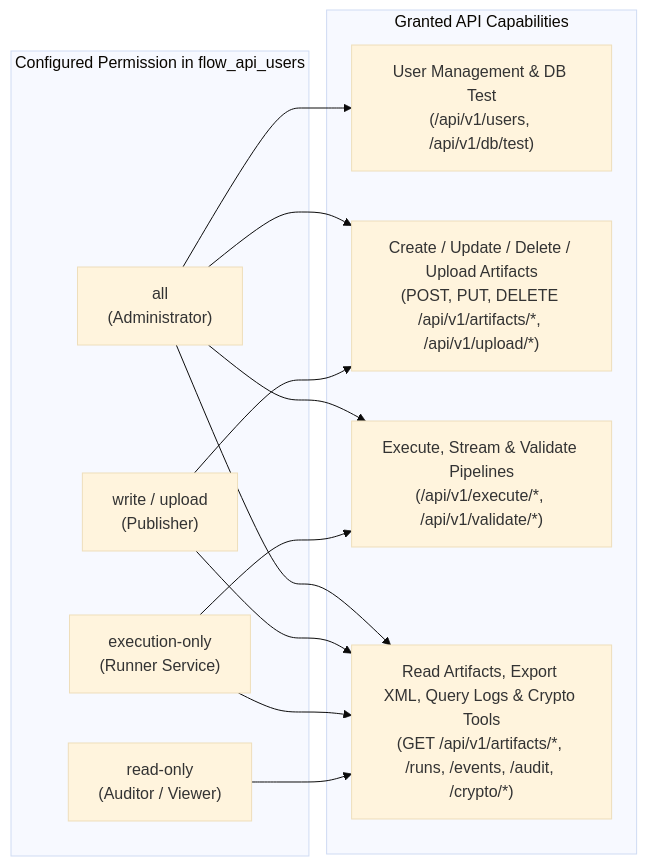
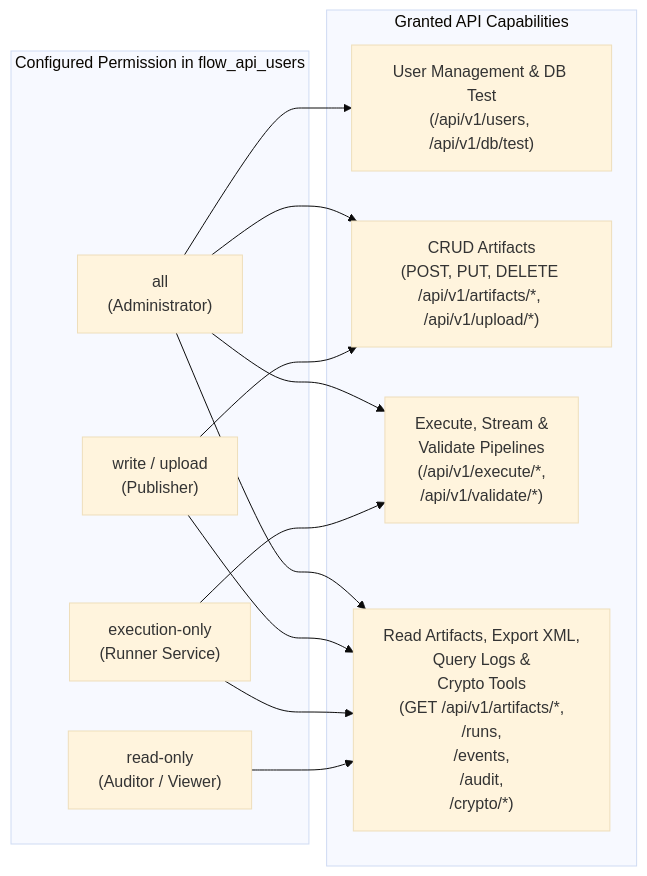
Before and after one commit to etl-madness/flow-docs: the second of 5 diagrams in docs/guides/API_ENDPOINTS_REFERENCE.md, drawn with Mermaid (base theme). The commit also changed other lines of this file and 1 other file, not shown here.

Commit message:
feat: git pages, mermaid graph cleanup v3

````diff
--- a/docs/guides/API_ENDPOINTS_REFERENCE.md
+++ b/docs/guides/API_ENDPOINTS_REFERENCE.md
@@ -73,21 +73,21 @@
 ```mermaid
 flowchart LR
     subgraph Roles["Configured Permission in flow_api_users"]
         P_ALL["all<br/>(Administrator)"]
         P_WRITE["write / upload<br/>(Publisher)"]
         P_EXEC["execution-only<br/>(Runner Service)"]
         P_READ["read-only<br/>(Auditor / Viewer)"]
     end
 
     subgraph Capabilities["Granted API Capabilities"]
         C_ADMIN["User Management &amp; DB Test<br/>(/api/v1/users, /api/v1/db/test)"]
-        C_MUTATE["Create / Update / Delete / Upload Artifacts<br/>(POST, PUT, DELETE /api/v1/artifacts/*, /api/v1/upload/*)"]
-        C_RUN["Execute, Stream &amp; Validate Pipelines<br/>(/api/v1/execute/*, /api/v1/validate/*)"]
-        C_VIEW["Read Artifacts, Export XML, Query Logs &amp; Crypto Tools<br/>(GET /api/v1/artifacts/*, /runs, /events, /audit, /crypto/*)"]
+        C_MUTATE["CRUD Artifacts<br/>(POST, PUT, DELETE <br/>/api/v1/artifacts/*, /api/v1/upload/*)"]
+        C_RUN["Execute, Stream &amp; <br/>Validate Pipelines<br/>(/api/v1/execute/*,<br/> /api/v1/validate/*)"]
+        C_VIEW["Read Artifacts, Export XML, <br/>Query Logs &amp;<br/> Crypto Tools<br/>(GET /api/v1/artifacts/*,<br/> /runs,<br/> /events,<br/> /audit, <br/>/crypto/*)"]
     end
 
     P_ALL --> C_ADMIN & C_MUTATE & C_RUN & C_VIEW
     P_WRITE --> C_MUTATE & C_VIEW
     P_EXEC --> C_RUN & C_VIEW
     P_READ --> C_VIEW
 ```
````
